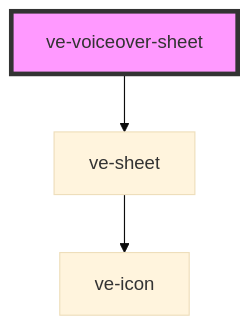
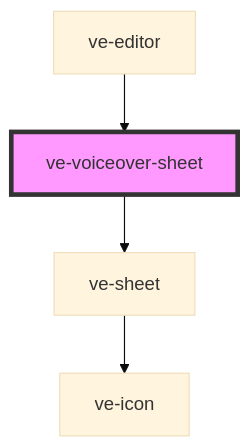
The diagram in src/components/ve-voiceover-sheet/readme.md (dotnetdreamer/capacitor-video-kit), drawn with Mermaid (base theme) before and after one commit. The commit also changed other lines of this file and 38 other files, not shown here.

````diff
--- a/src/components/ve-voiceover-sheet/readme.md
+++ b/src/components/ve-voiceover-sheet/readme.md
@@ -38,6 +42,7 @@
 ```mermaid
 graph TD;
   ve-voiceover-sheet --> ve-sheet
   ve-sheet --> ve-icon
+  ve-editor --> ve-voiceover-sheet
   style ve-voiceover-sheet fill:#f9f,stroke:#333,stroke-width:4px
 ```
````
